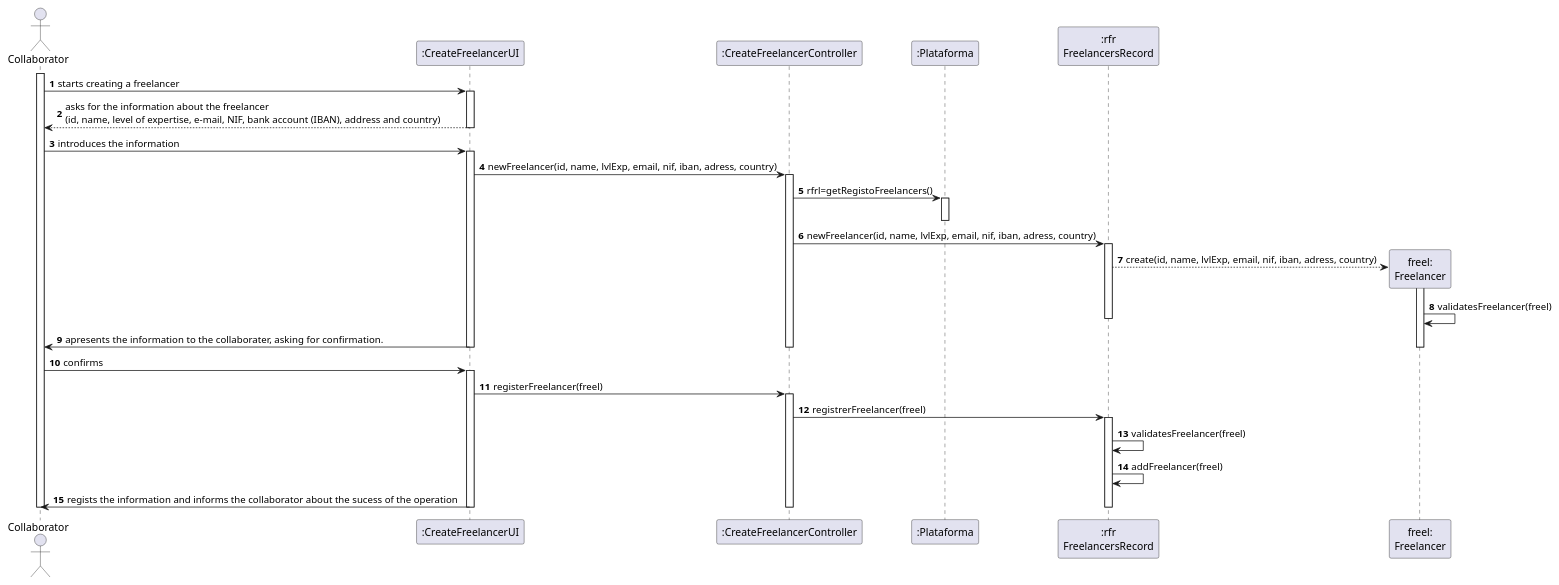
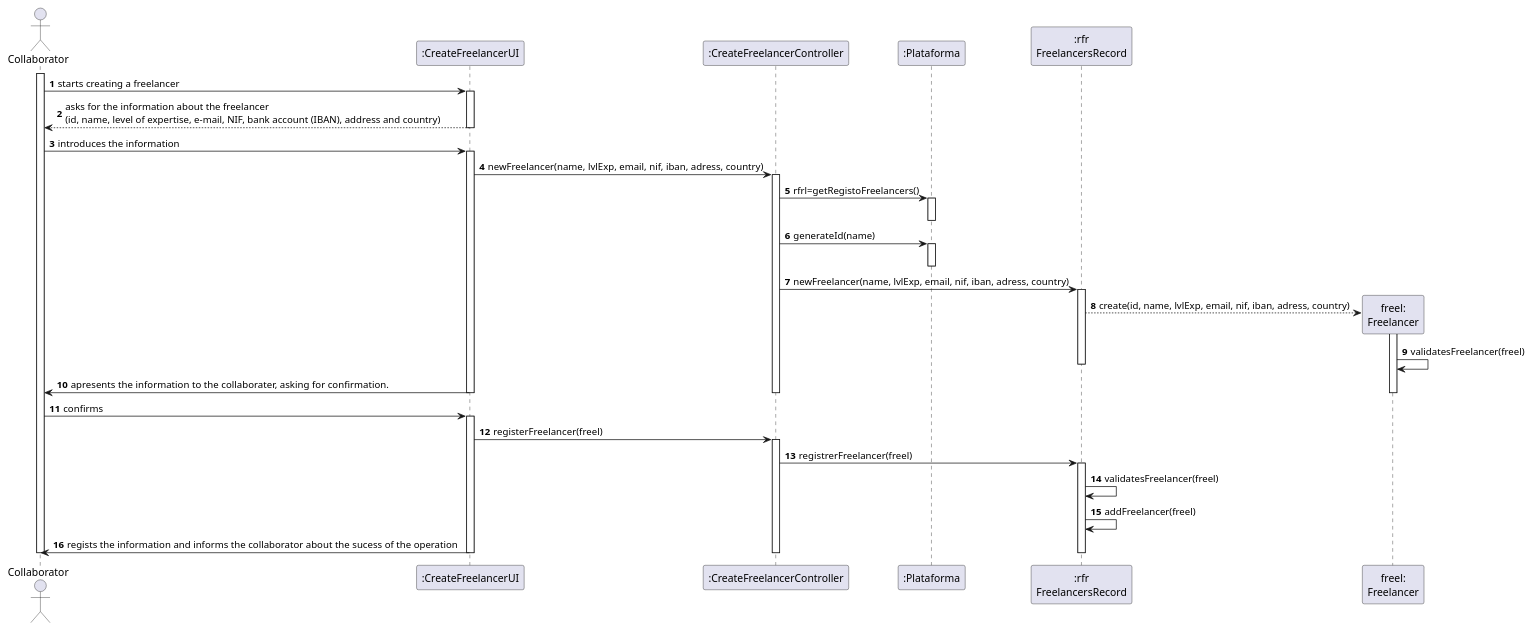
The diagram in docs/UC1 - Create Freelancer/UC1_SD.puml (pedrolemos4/LAPR2), drawn with PlantUML before and after one commit. The commit also changed 9 other files, not shown here.

```diff
--- a/docs/UC1 - Create Freelancer/UC1_SD.puml
+++ b/docs/UC1 - Create Freelancer/UC1_SD.puml
@@ -1,61 +1,65 @@
 @startuml
 autonumber
 
 actor "Collaborator" as CO
 participant ":CreateFreelancerUI" as UI
 participant ":CreateFreelancerController" as CTRL
 participant ":Plataforma" as PLAT
 participant ":rfr\nFreelancersRecord" as RFR
 participant "freel:\nFreelancer" as FREEL
 
 activate CO
 CO -> UI : starts creating a freelancer
 activate UI
 
 UI --> CO : asks for the information about the freelancer \n(id, name, level of expertise, e-mail, NIF, bank account (IBAN), address and country)
 deactivate UI
 
 CO -> UI : introduces the information
 activate UI
 
-UI -> CTRL : newFreelancer(id, name, lvlExp, email, nif, iban, adress, country)
+UI -> CTRL : newFreelancer(name, lvlExp, email, nif, iban, adress, country)
 activate CTRL
 
-CTRL -> PLAT: rfrl=getRegistoFreelancers()
+CTRL -> PLAT : rfrl=getRegistoFreelancers()
 activate PLAT
 deactivate PLAT
 
-CTRL -> RFR : newFreelancer(id, name, lvlExp, email, nif, iban, adress, country)
+CTRL -> PLAT : generateId(name)
+activate PLAT 
+deactivate PLAT
+
+CTRL -> RFR : newFreelancer(name, lvlExp, email, nif, iban, adress, country)
 activate RFR
 RFR --> FREEL**: create(id, name, lvlExp, email, nif, iban, adress, country)
 activate FREEL
 
 FREEL -> FREEL : validatesFreelancer(freel)
 deactivate RFR
 
 UI -> CO : apresents the information to the collaborater, asking for confirmation.
 deactivate FREEL
 deactivate CTRL
 deactivate UI
 
 CO -> UI : confirms
 activate UI
 
 UI -> CTRL : registerFreelancer(freel)
 activate CTRL
 
 CTRL -> RFR : registrerFreelancer(freel)
 activate RFR 
 
 RFR -> RFR : validatesFreelancer(freel)
 RFR -> RFR : addFreelancer(freel)
 
 UI -> CO : regists the information and informs the collaborator about the sucess of the operation
 deactivate RFR
 deactivate CTRL
 deactivate UI
 
 deactivate CO
 
 
 @enduml
```
